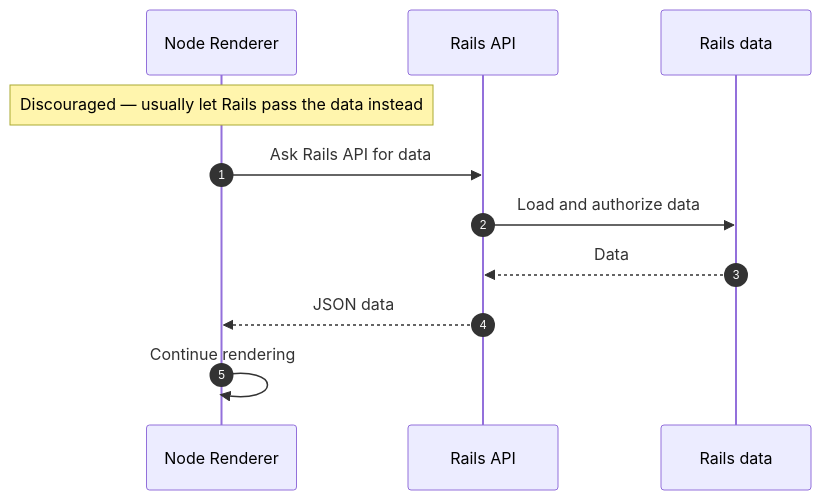
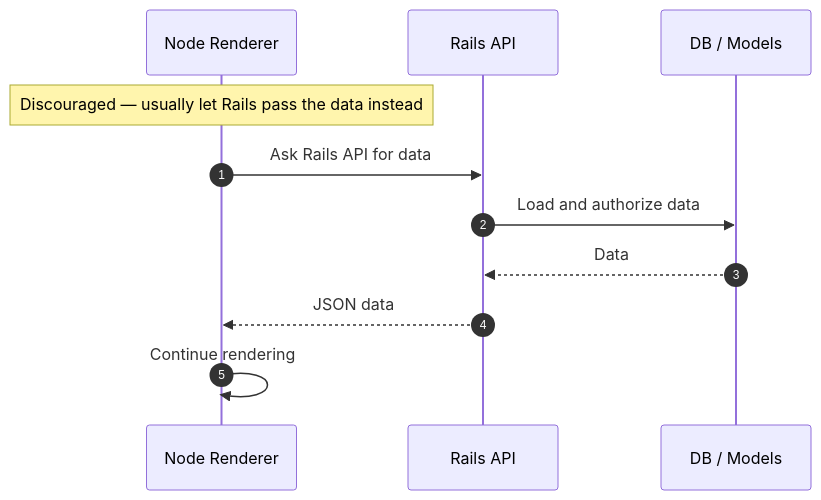
Before and after one commit to shakacode/react_on_rails: the fourth of 5 diagrams in docs/pro/streaming-ssr.md, drawn with Mermaid. The commit also changed other lines of this file and 1 other file, not shown here.

Commit message:
docs(pro): polish node renderer diagrams

````diff
--- a/docs/pro/streaming-ssr.md
+++ b/docs/pro/streaming-ssr.md
@@ -116,13 +116,13 @@
 ```mermaid
 sequenceDiagram
     autonumber
     participant Renderer as Node Renderer
     participant Rails as Rails API
-    participant Data as Rails data
+    participant Data as DB / Models
     Note over Renderer: Discouraged — usually let Rails pass the data instead
     Renderer->>Rails: Ask Rails API for data
     Rails->>Data: Load and authorize data
     Data-->>Rails: Data
     Rails-->>Renderer: JSON data
     Renderer->>Renderer: Continue rendering
 ```
````
